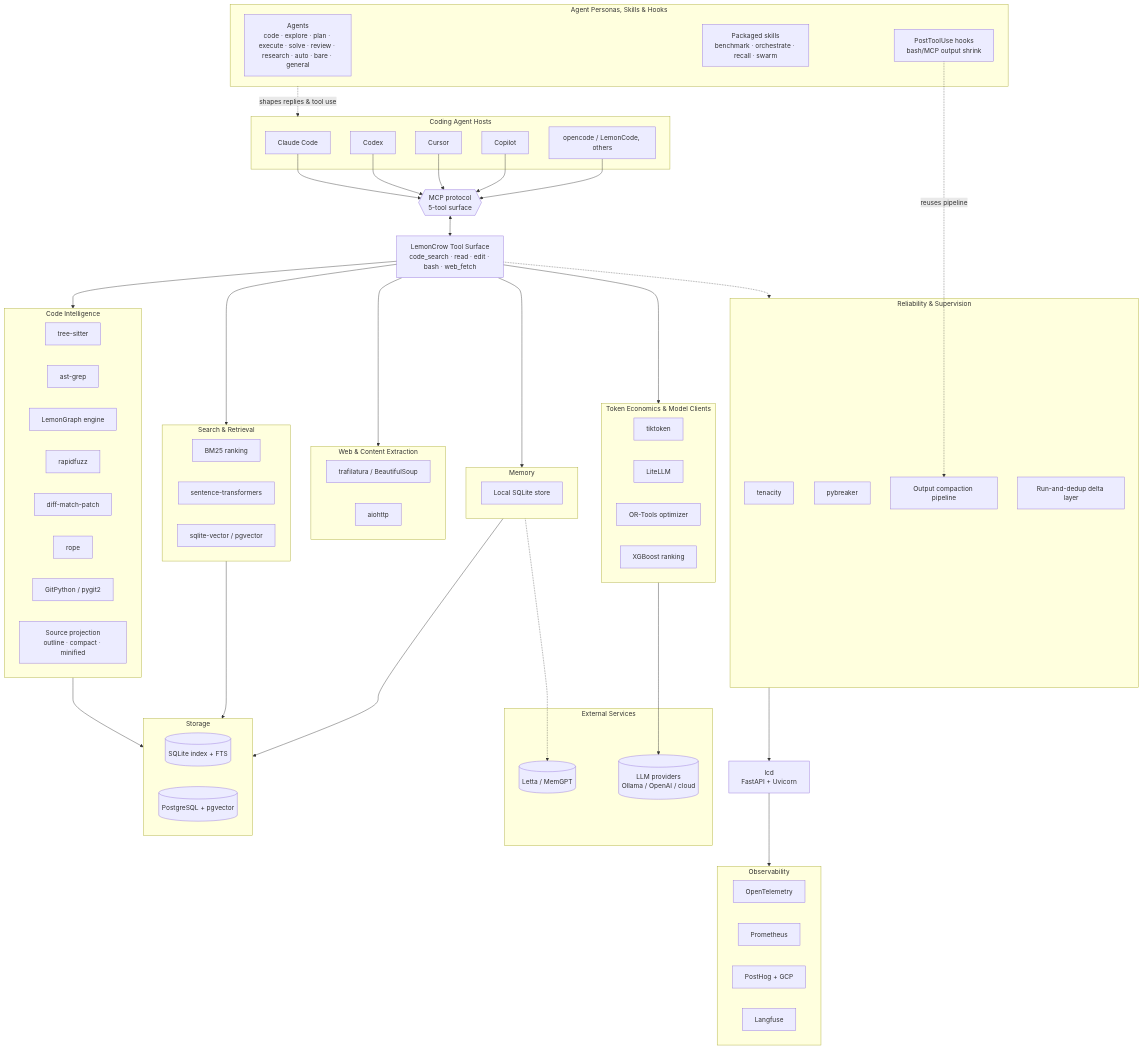
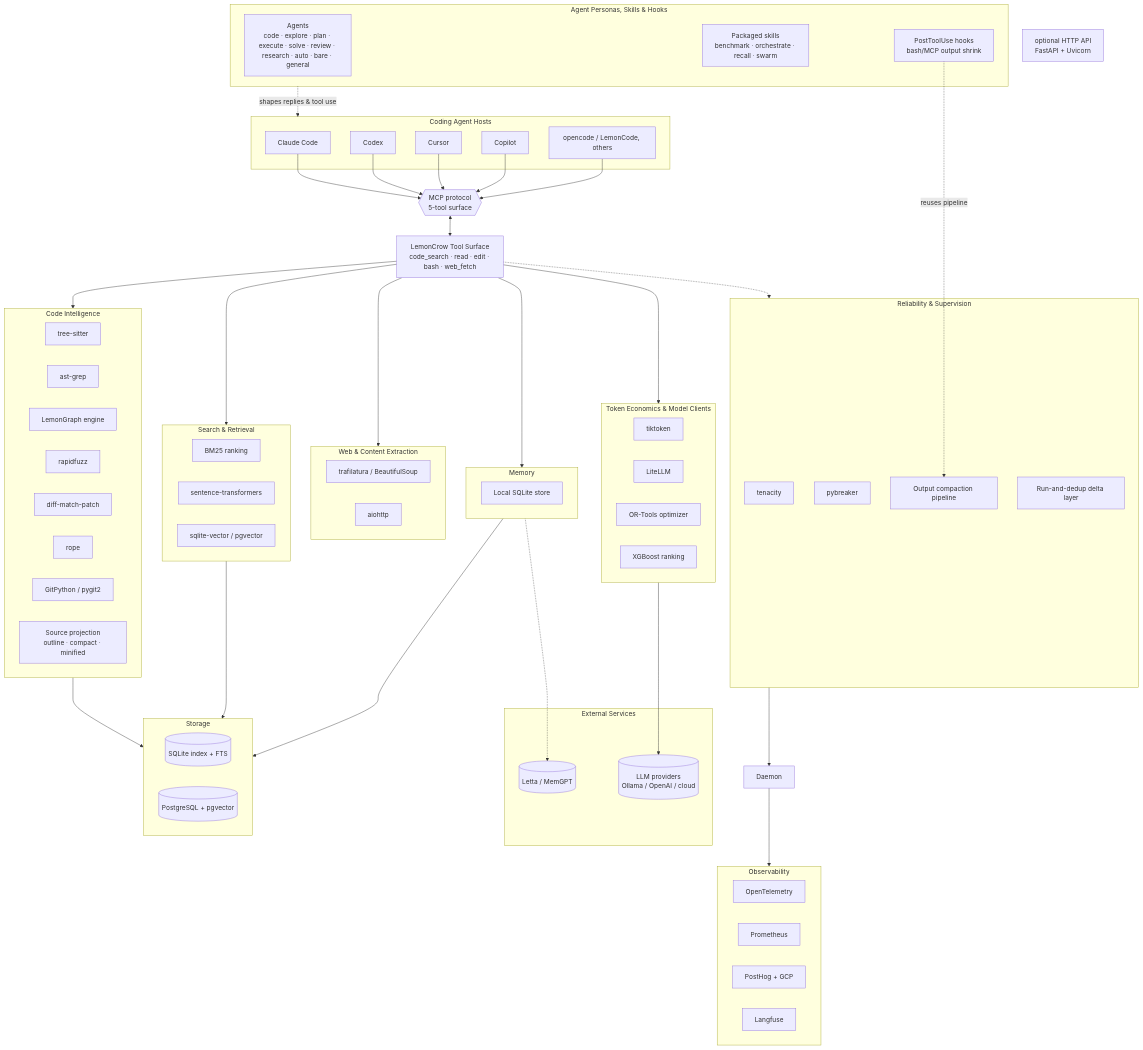
One commit to lemoncrow-lab/lemoncrow changed the diagram in docs/reference/architecture.md. Above: the diagram before and after it, drawn with Mermaid. The commit also changed other lines of this file and 923 other files, not shown here.

```diff
--- a/docs/reference/architecture.md
+++ b/docs/reference/architecture.md
@@ -63,7 +63,7 @@
         Dedup["Run-and-dedup delta layer"]
     end
 
-    Daemon["lcd<br/>FastAPI + Uvicorn"]
+    Service["optional HTTP API<br/>FastAPI + Uvicorn"]
 
     subgraph Storage["Storage"]
         SQLite[("SQLite index + FTS")]
```
